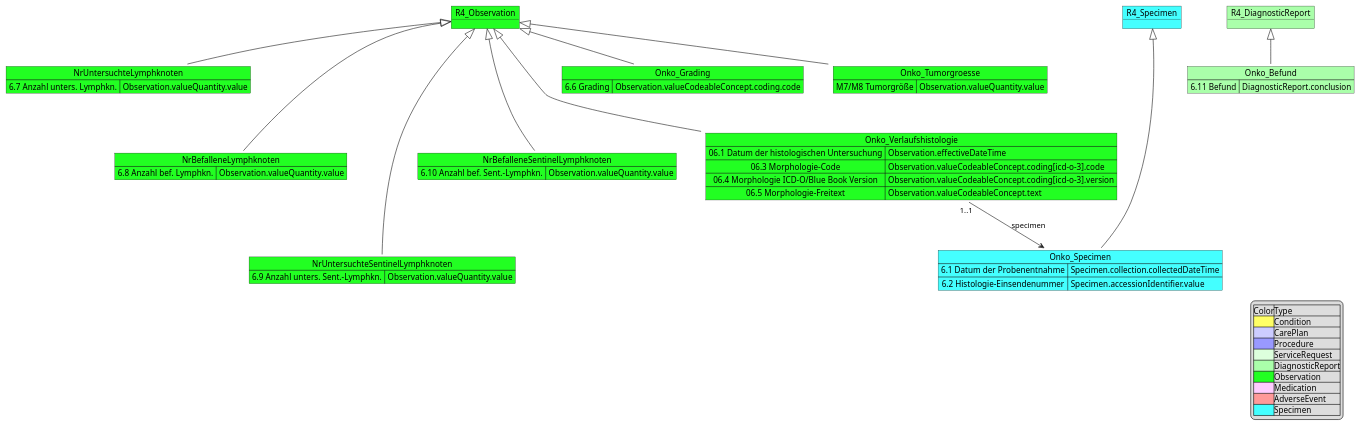
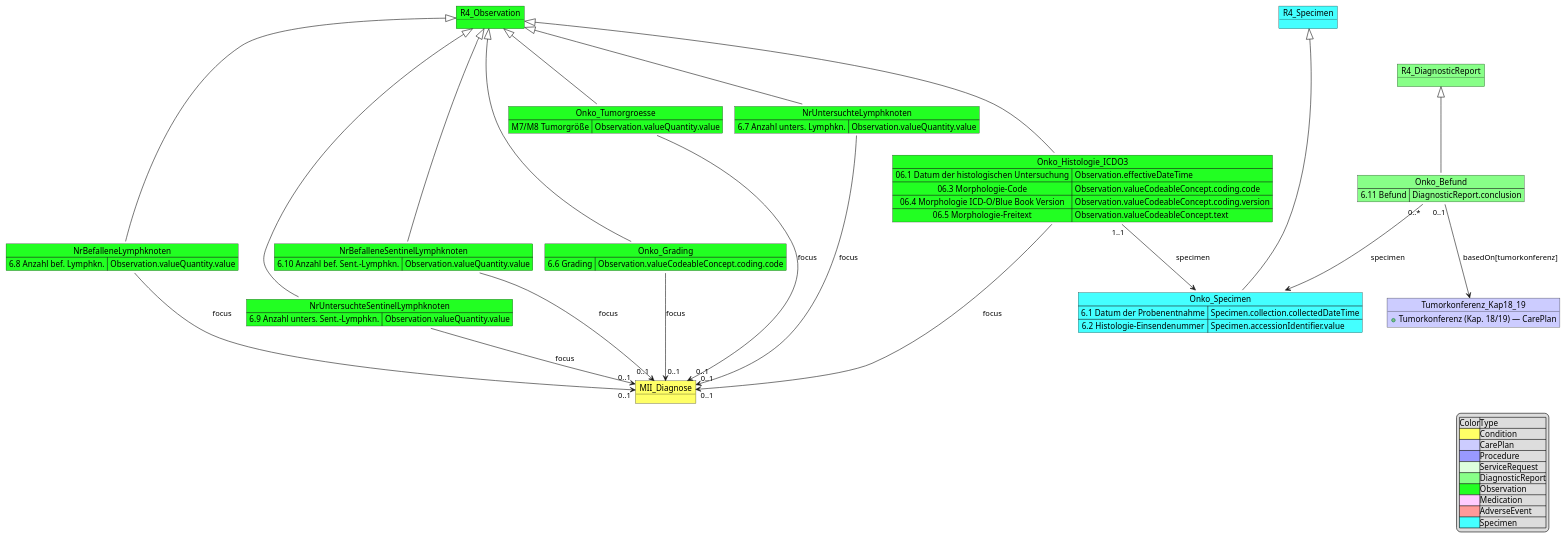
The diagram in input/images-source/MII_Onko_06_Histologie.pu (medizininformatik-initiative/kerndatensatzmodul-onkologie), drawn with PlantUML before and after one commit. The commit also changed 26 other files, not shown here.

```diff
--- a/input/images-source/MII_Onko_06_Histologie.pu
+++ b/input/images-source/MII_Onko_06_Histologie.pu
@@ -1,84 +1,99 @@
 @startuml MII_Onko_06_Histologie
 
 object R4_Observation #22FF22
 
 map NrUntersuchteLymphknoten #22FF22 {
     6.7 Anzahl unters. Lymphkn. => Observation.valueQuantity.value
 }
 
 R4_Observation <|-down- NrUntersuchteLymphknoten
 
 map NrBefalleneLymphknoten #22FF22 {
 6.8 Anzahl bef. Lymphkn. => Observation.valueQuantity.value
 }
 R4_Observation <|-down-- NrBefalleneLymphknoten
 
 
 map NrUntersuchteSentinelLymphknoten  #22FF22 {
 6.9 Anzahl unters. Sent.-Lymphkn. => Observation.valueQuantity.value
 }
 
 R4_Observation <|-down--- NrUntersuchteSentinelLymphknoten
 
 map NrBefalleneSentinelLymphknoten  #22FF22 {
 6.10 Anzahl bef. Sent.-Lymphkn. => Observation.valueQuantity.value
 }
 R4_Observation <|-down-- NrBefalleneSentinelLymphknoten
 
-map Onko_Verlaufshistologie #22FF22 {
+map Onko_Histologie_ICDO3 #22FF22 {
     06.1 Datum der histologischen Untersuchung => Observation.effectiveDateTime
-    06.3 Morphologie-Code => Observation.valueCodeableConcept.coding[icd-o-3].code
-    06.4 Morphologie ICD-O/Blue Book Version => Observation.valueCodeableConcept.coding[icd-o-3].version
+    06.3 Morphologie-Code => Observation.valueCodeableConcept.coding.code
+    06.4 Morphologie ICD-O/Blue Book Version => Observation.valueCodeableConcept.coding.version
     06.5 Morphologie-Freitext => Observation.valueCodeableConcept.text
 }
 
 
-R4_Observation <|-down-- Onko_Verlaufshistologie
+R4_Observation <|-down-- Onko_Histologie_ICDO3
 
 
 map Onko_Grading #22FF22 {
 6.6 Grading =>Observation.valueCodeableConcept.coding.code
 }
 
 
 R4_Observation <|-- Onko_Grading
 
 map Onko_Tumorgroesse #22FF22 {
 M7/M8 Tumorgröße => Observation.valueQuantity.value
 }
 
 R4_Observation <|-- Onko_Tumorgroesse
 
-map Onko_Befund #AAFFAA {
+map Onko_Befund #88FF88 {
 6.11 Befund => DiagnosticReport.conclusion
 }
 
  
-object R4_DiagnosticReport #AAFFAA
+object R4_DiagnosticReport #88FF88
 R4_DiagnosticReport <|-- Onko_Befund 
 
 map Onko_Specimen #44FFFF {
 6.1 Datum der Probenentnahme => Specimen.collection.collectedDateTime
 6.2 Histologie-Einsendenummer => Specimen.accessionIdentifier.value
 }
 
 object R4_Specimen #44FFFF
 R4_Specimen <|---- Onko_Specimen
-Onko_Verlaufshistologie "1..1" --> Onko_Specimen : specimen
+Onko_Histologie_ICDO3 "1..1" --> Onko_Specimen : specimen
+Onko_Befund "0..*" --> Onko_Specimen : specimen
+
+object Tumorkonferenz_Kap18_19 #CCCCFF {
+    + Tumorkonferenz (Kap. 18/19) — CarePlan
+}
+Onko_Befund "0..1" --> Tumorkonferenz_Kap18_19 : basedOn[tumorkonferenz]
+
+object MII_Diagnose #FFFF66
+Onko_Histologie_ICDO3 --> "0..1" MII_Diagnose : focus
+Onko_Grading --> "0..1" MII_Diagnose : focus
+Onko_Tumorgroesse --> "0..1" MII_Diagnose : focus
+NrUntersuchteLymphknoten --> "0..1" MII_Diagnose : focus
+NrBefalleneLymphknoten --> "0..1" MII_Diagnose : focus
+NrUntersuchteSentinelLymphknoten --> "0..1" MII_Diagnose : focus
+NrBefalleneSentinelLymphknoten --> "0..1" MII_Diagnose : focus
 
 legend right 
 |Color|Type|
 |<#FFFF66>|Condition|
 |<#CCCCFF>|CarePlan|
 |<#9999FF>|Procedure|
 |<#DDFFDD>|ServiceRequest|
-|<#AAFFAA>|DiagnosticReport|
+|<#88FF88>|DiagnosticReport|
 |<#22FF22>|Observation|
 |<#FFCCFF>|Medication|
 |<#FF9999>|AdverseEvent|
 |<#44FFFF>|Specimen|
 endlegend
 
 
 
 @enduml
```
